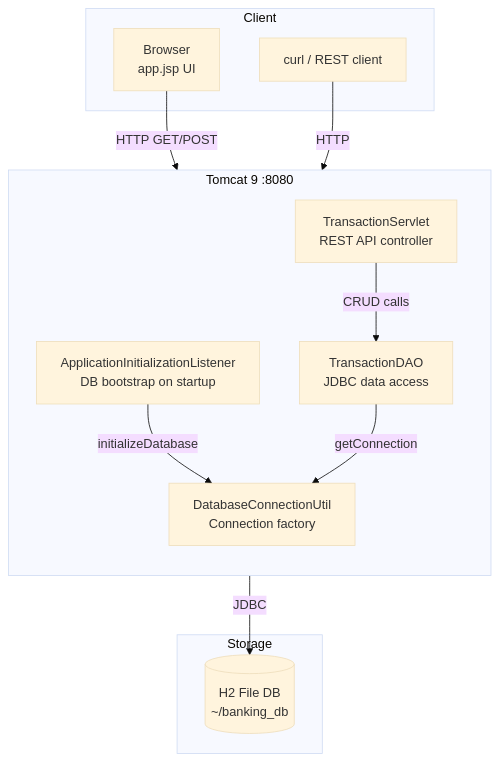
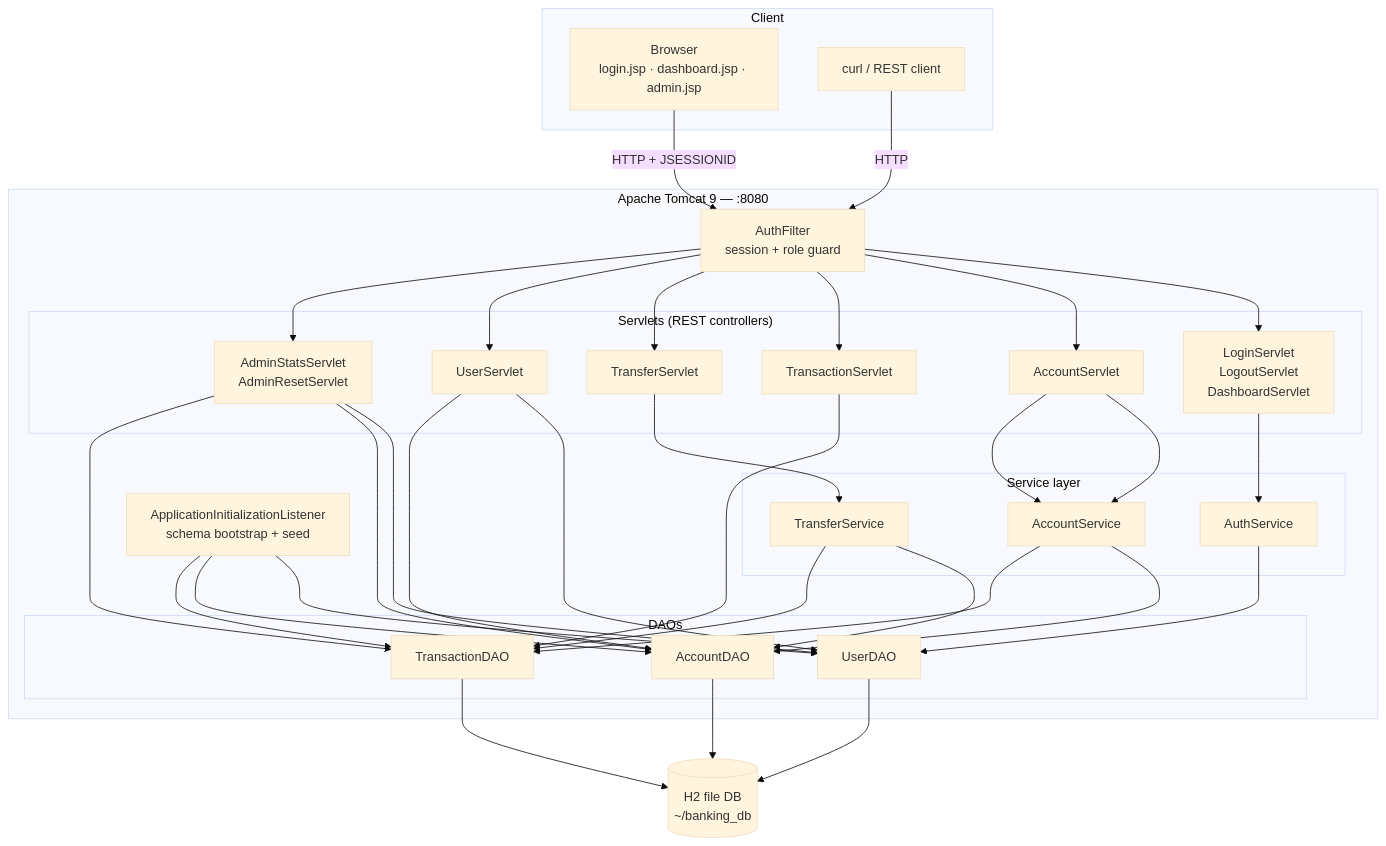
Before and after one commit to dishacodes15/jdbc-transaction-tracker: the first of 5 diagrams in DESIGN.md, drawn with Mermaid (base theme). The commit also changed other lines of this file and 45 other files, not shown here.

First line of the commit message:
feat: Add dashboard and login pages for user interface

````diff
--- a/DESIGN.md
+++ b/DESIGN.md
@@ -11,26 +15,45 @@
 ```mermaid
-graph TD
+graph TB
     subgraph Client
-        Browser[Browser<br/>app.jsp UI]
-        CLI[curl / REST client]
+        Browser["Browser<br/>login.jsp · dashboard.jsp · admin.jsp"]
+        Curl[curl / REST client]
     end
 
-    subgraph Tomcat ["Tomcat 9 :8080"]
-        direction TB
-        Listener[ApplicationInitializationListener<br/>DB bootstrap on startup]
-        Servlet[TransactionServlet<br/>REST API controller]
-        DAO[TransactionDAO<br/>JDBC data access]
-        Util[DatabaseConnectionUtil<br/>Connection factory]
+    subgraph Tomcat ["Apache Tomcat 9 — :8080"]
+        Filter[AuthFilter<br/>session + role guard]
+        subgraph Servlets ["Servlets (REST controllers)"]
+            Auth[LoginServlet<br/>LogoutServlet<br/>DashboardServlet]
+            Acct[AccountServlet]
+            Tx[TransactionServlet]
+            Xfer[TransferServlet]
+            Users[UserServlet]
+            Admin[AdminStatsServlet<br/>AdminResetServlet]
+        end
+        subgraph Services ["Service layer"]
+            AuthSvc[AuthService]
+            AcctSvc[AccountService]
+            XferSvc[TransferService]
+        end
+        subgraph DAOs ["DAOs"]
+            UserDAO
+            AccountDAO
+            TransactionDAO
+        end
+        Init[ApplicationInitializationListener<br/>schema bootstrap + seed]
     end
 
-    subgraph Storage
-        H2[(H2 File DB<br/>~/banking_db)]
-    end
+    H2[(H2 file DB<br/>~/banking_db)]
 
-    Browser -->|HTTP GET/POST| Servlet
-    CLI -->|HTTP| Servlet
-    Listener -->|initializeDatabase| Util
-    Servlet -->|CRUD calls| DAO
-    DAO -->|getConnection| Util
-    Util -->|JDBC| H2
+    Browser -->|HTTP + JSESSIONID| Filter
+    Curl -->|HTTP| Filter
+    Filter --> Auth & Acct & Tx & Xfer & Users & Admin
+    Auth --> AuthSvc --> UserDAO
+    Acct --> AcctSvc --> AccountDAO
+    Acct --> AcctSvc --> TransactionDAO
+    Xfer --> XferSvc --> AccountDAO & TransactionDAO
+    Tx --> TransactionDAO
+    Users --> UserDAO & AccountDAO
+    Admin --> UserDAO & AccountDAO & TransactionDAO
+    Init --> UserDAO & AccountDAO & TransactionDAO
+    UserDAO & AccountDAO & TransactionDAO --> H2
 ```
````
